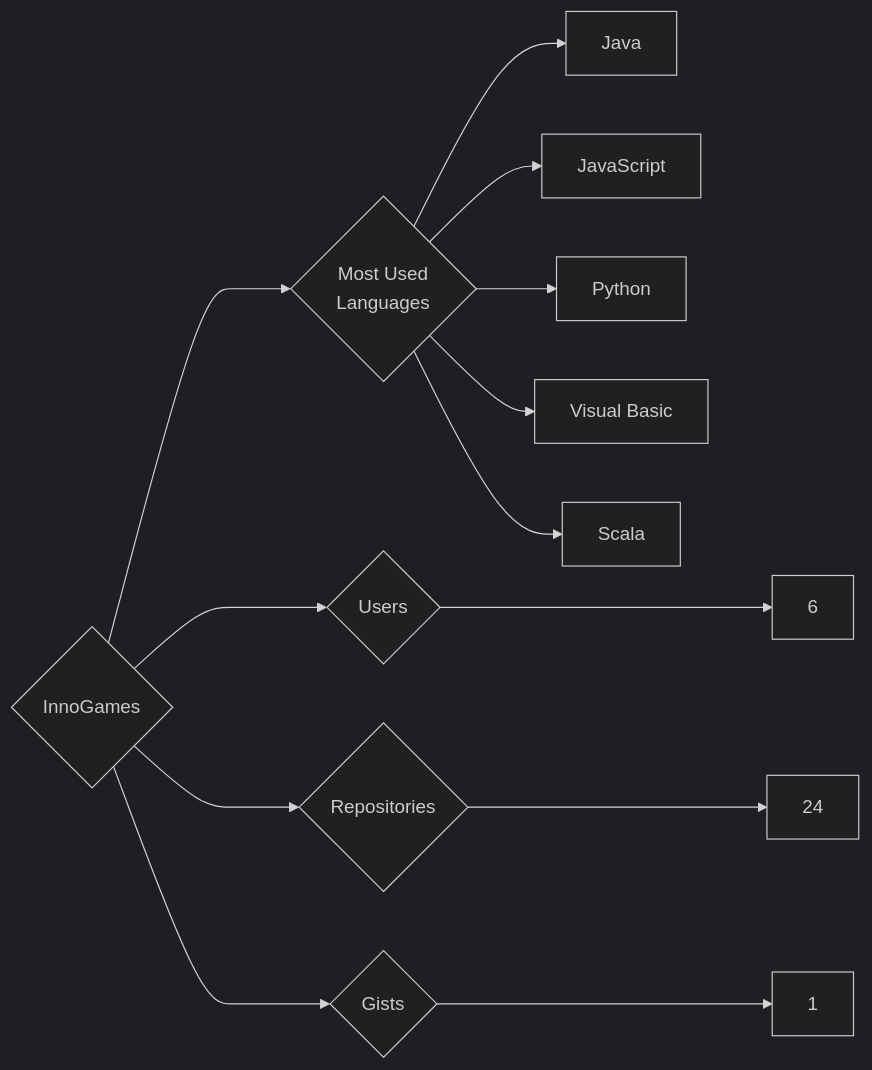
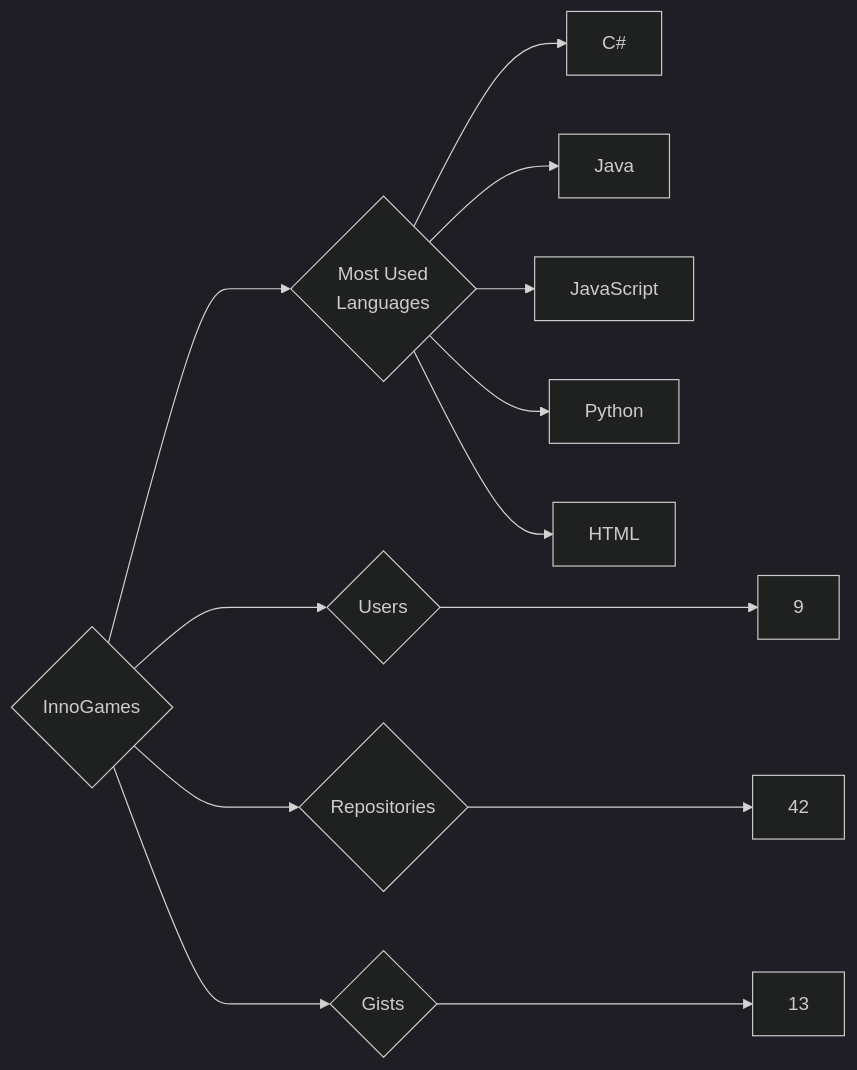
One commit to trickest/insiders changed the diagram in targets/InnoGames/README.md. Above: the diagram before and after it, drawn with Mermaid (dark theme). The commit also changed 1092 other files, not shown here.

````diff
--- a/targets/InnoGames/README.md
+++ b/targets/InnoGames/README.md
@@ -3,13 +3,13 @@
 ```mermaid
 graph LR
 COMPANY_NAME{InnoGames}
-COMPANY_NAME ---> U{Users} ---> UN[6]
-COMPANY_NAME ---> R{Repositories} ---> RN[24]
-COMPANY_NAME ---> G{Gists} ---> GN[1]
+COMPANY_NAME ---> U{Users} ---> UN[9]
+COMPANY_NAME ---> R{Repositories} ---> RN[42]
+COMPANY_NAME ---> G{Gists} ---> GN[13]
 COMPANY_NAME ---> ML{Most Used<br>Languages}
+ML --> C#[C#]
 ML --> Java[Java]
 ML --> JavaScript[JavaScript]
 ML --> Python[Python]
-ML --> Visual_Basic[Visual Basic]
-ML --> Scala[Scala]
+ML --> HTML[HTML]
 ```
````
